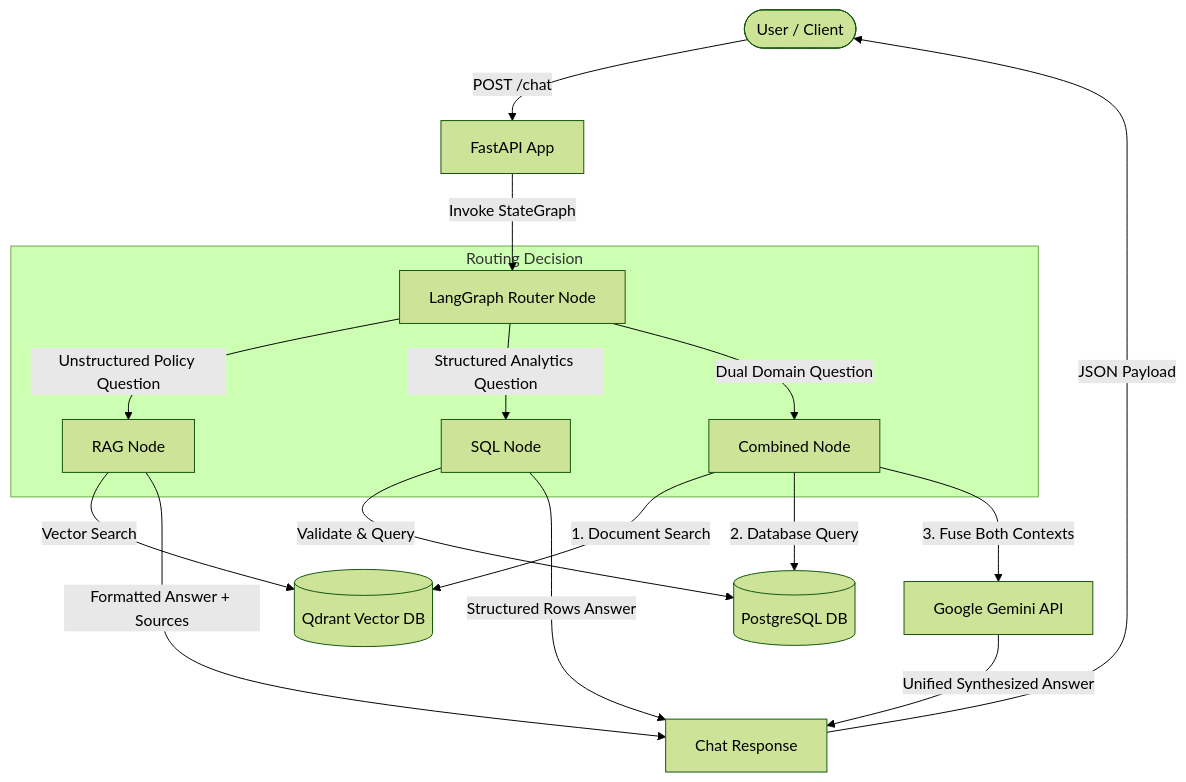
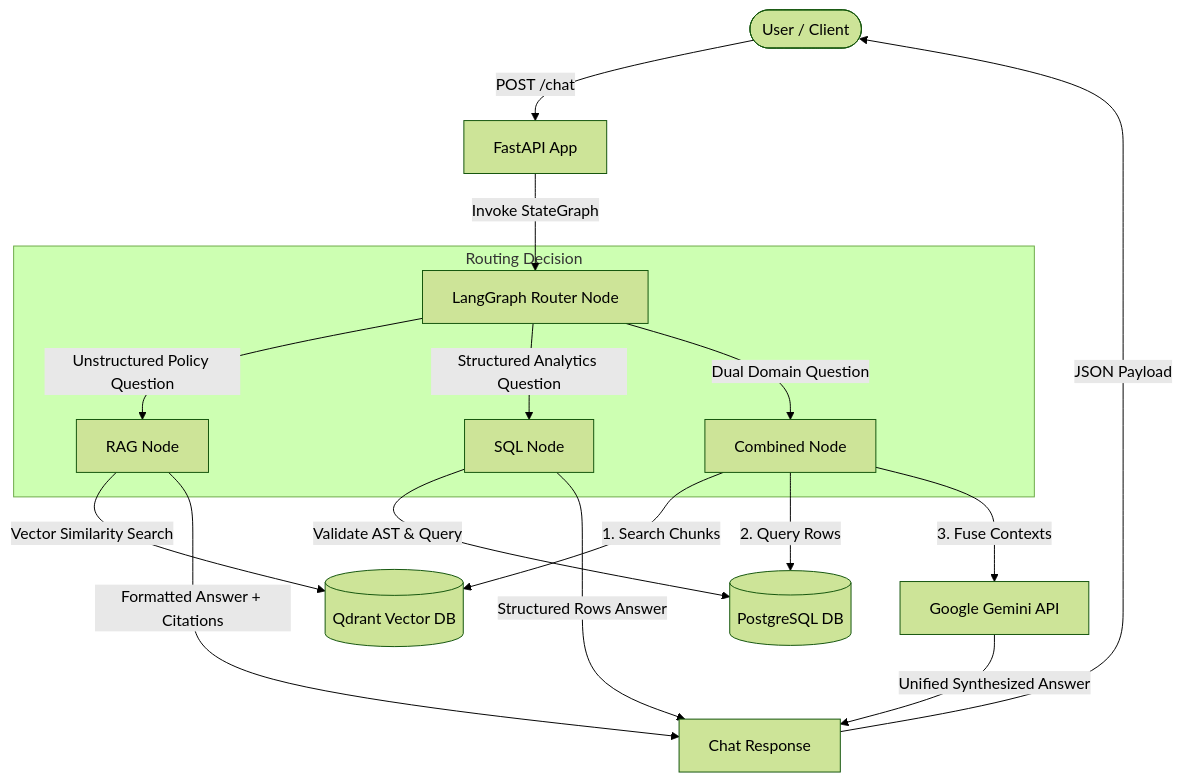
One commit to anujmindfire/gen-ai-data-assistant changed the diagram in README.md. Above: the diagram before and after it, drawn with Mermaid (forest theme). The commit also changed other lines of this file and 4 other files, not shown here.

Commit message:
docs: finalize README, Swagger, sample documents, architecture, and repository cleanup

````diff
--- a/README.md
+++ b/README.md
@@ -14,23 +60,23 @@
 ```mermaid
 flowchart TD
     User([User / Client]) -->|POST /chat| FastAPI[FastAPI App]
     FastAPI -->|Invoke StateGraph| Router[LangGraph Router Node]
     
     subgraph Routing Decision
         Router -->|Unstructured Policy Question| RAG[RAG Node]
         Router -->|Structured Analytics Question| SQL[SQL Node]
         Router -->|Dual Domain Question| Combined[Combined Node]
     end
     
-    RAG -->|Vector Search| Qdrant[(Qdrant Vector DB)]
-    SQL -->|Validate & Query| PostgreSQL[(PostgreSQL DB)]
+    RAG -->|Vector Similarity Search| Qdrant[(Qdrant Vector DB)]
+    SQL -->|Validate AST & Query| PostgreSQL[(PostgreSQL DB)]
     
-    Combined -->|1. Document Search| Qdrant
-    Combined -->|2. Database Query| PostgreSQL
-    Combined -->|3. Fuse Both Contexts| Gemini[Google Gemini API]
+    Combined -->|1. Search Chunks| Qdrant
+    Combined -->|2. Query Rows| PostgreSQL
+    Combined -->|3. Fuse Contexts| Gemini[Google Gemini API]
     
-    RAG -->|Formatted Answer + Sources| Response[Chat Response]
+    RAG -->|Formatted Answer + Citations| Response[Chat Response]
     SQL -->|Structured Rows Answer| Response
     Gemini -->|Unified Synthesized Answer| Response
     Response -->|JSON Payload| User
 ```
````
